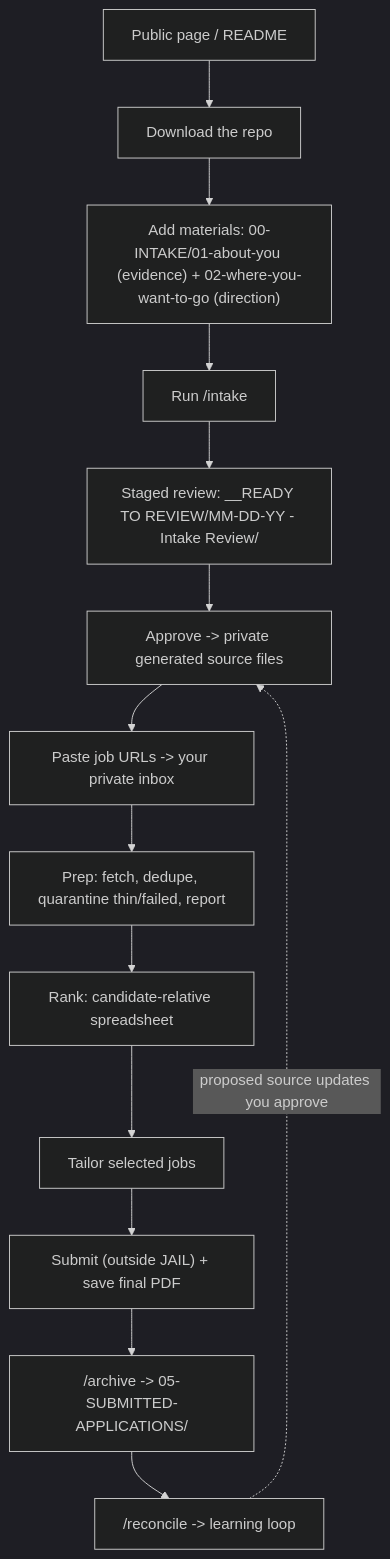
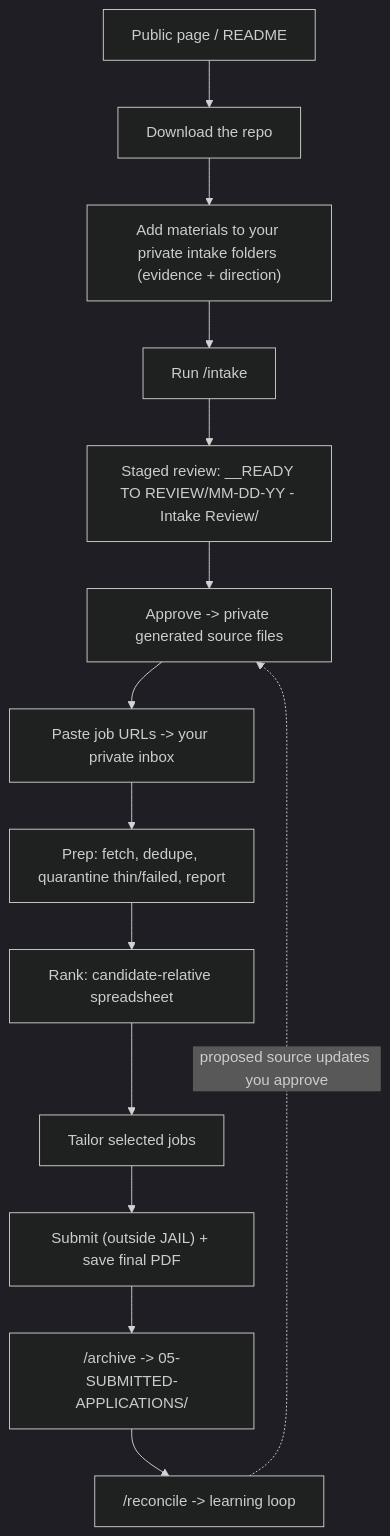
The diagram in docs/v2-end-to-end-workflow.md (redheadjessica/job-application-intelligence-layer), drawn with Mermaid (dark theme) before and after one commit. The commit also changed other lines of this file and 18 other files, not shown here.

First line of the commit message:
Restructure 00-INTAKE into ENGINE/PRIVATE roots

````diff
--- a/docs/v2-end-to-end-workflow.md
+++ b/docs/v2-end-to-end-workflow.md
@@ -83,16 +83,16 @@
 ```mermaid
 flowchart TD
   P["Public page / README"] --> DL["Download the repo"]
-  DL --> M["Add materials: 00-INTAKE/01-about-you (evidence) + 02-where-you-want-to-go (direction)"]
+  DL --> M["Add materials to your private intake folders (evidence + direction)"]
   M --> IN["Run /intake"]
   IN --> SR["Staged review: __READY TO REVIEW/MM-DD-YY - Intake Review/"]
   SR --> AP["Approve -> private generated source files"]
   AP --> URL["Paste job URLs -> your private inbox"]
   URL --> PR["Prep: fetch, dedupe, quarantine thin/failed, report"]
   PR --> RK["Rank: candidate-relative spreadsheet"]
   RK --> TL["Tailor selected jobs"]
   TL --> SUB["Submit (outside JAIL) + save final PDF"]
   SUB --> AR["/archive -> 05-SUBMITTED-APPLICATIONS/"]
   AR --> RC["/reconcile -> learning loop"]
   RC -. "proposed source updates you approve" .-> AP
 ```
````
